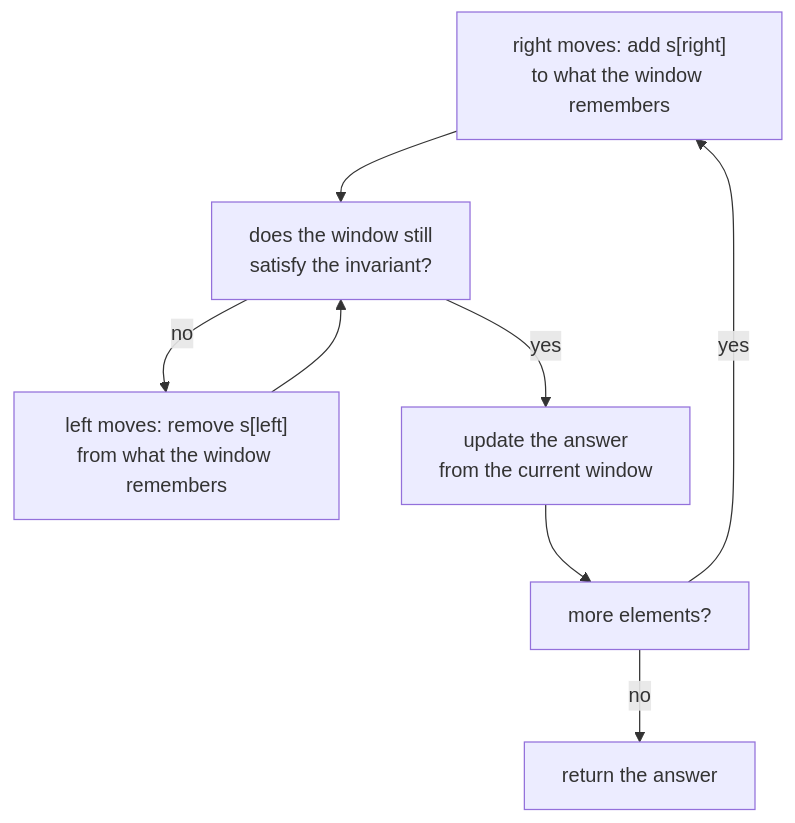
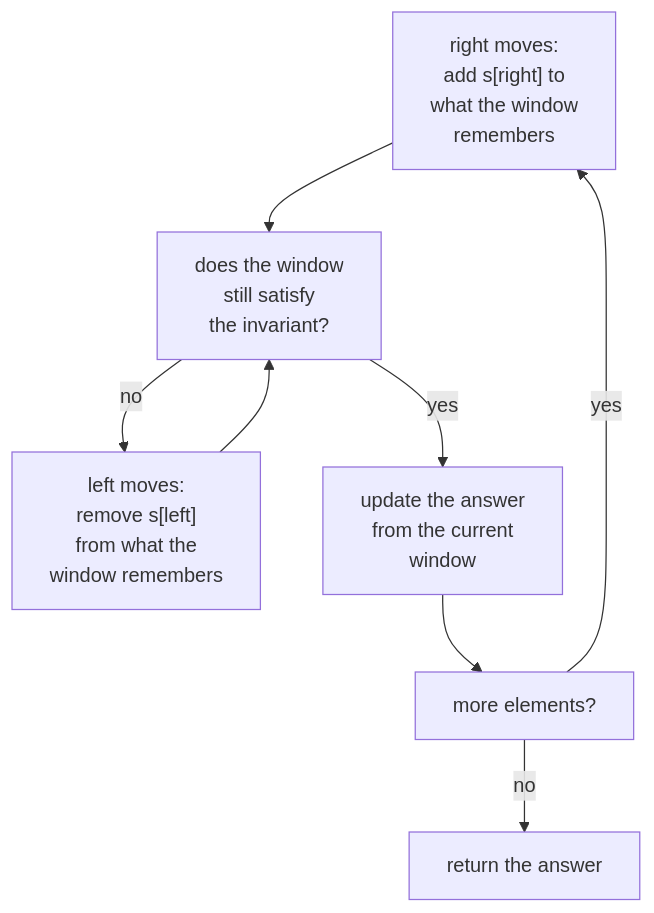
The diagram in content/en/posts/2026-11-23-neetcode-sliding-window.md (duongbui234/software-engineering-atlas), drawn with Mermaid before and after one commit. The commit also changed 134 other files, not shown here.

First line of the commit message:
Fit every Mermaid diagram at 390px without sideways scroll (#56)

````diff
--- a/content/en/posts/2026-11-23-neetcode-sliding-window.md
+++ b/content/en/posts/2026-11-23-neetcode-sliding-window.md
@@ -44,10 +44,10 @@
 ```mermaid
 flowchart TB
-  A["right moves: add s[right]<br/>to what the window remembers"] --> B["does the window still<br/>satisfy the invariant?"]
-  B -->|"no"| C["left moves: remove s[left]<br/>from what the window remembers"]
+  A["right moves:<br/>add s[right] to<br/>what the window<br/>remembers"] --> B["does the window<br/>still satisfy<br/>the invariant?"]
+  B -->|"no"| C["left moves:<br/>remove s[left]<br/>from what the<br/>window remembers"]
   C --> B
-  B -->|"yes"| D["update the answer<br/>from the current window"]
+  B -->|"yes"| D["update the answer<br/>from the current<br/>window"]
   D --> E["more elements?"]
   E -->|"yes"| A
   E -->|"no"| F["return the answer"]
 ```
````
